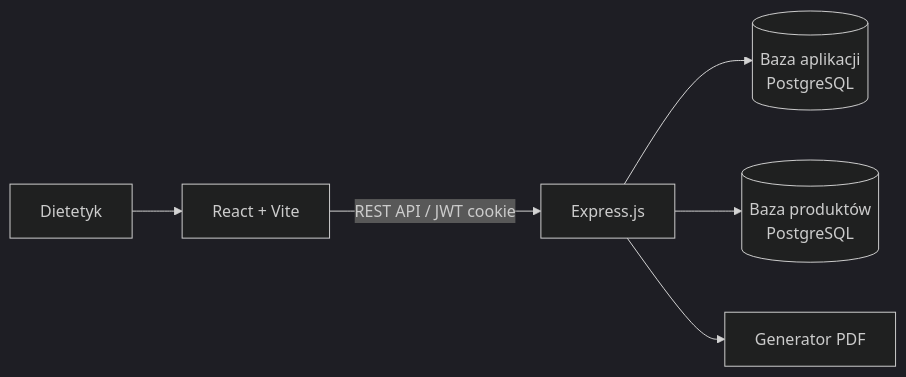
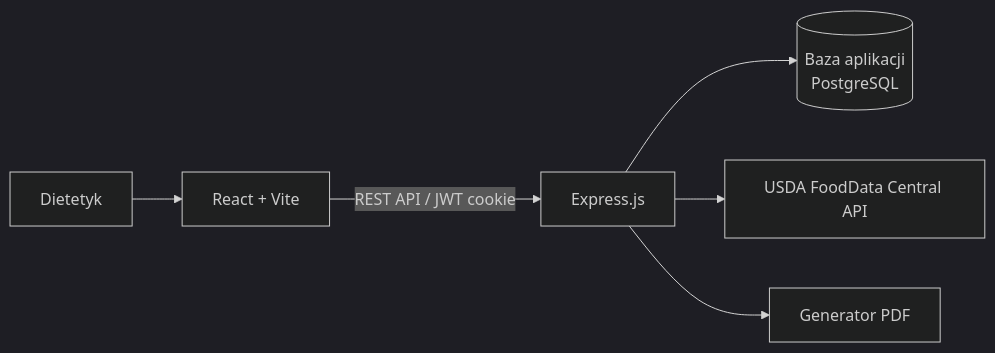
One commit to damian-utd/dietetyk-system changed the diagram in README.md. Above: the diagram before and after it, drawn with Mermaid (dark theme). The commit also changed other lines of this file and 14 other files, not shown here.

````diff
--- a/README.md
+++ b/README.md
@@ -42,8 +42,8 @@
 ```mermaid
 flowchart LR
     U[Dietetyk] --> F[React + Vite]
     F -->|REST API / JWT cookie| B[Express.js]
     B --> A[(Baza aplikacji<br/>PostgreSQL)]
-    B --> P[(Baza produktów<br/>PostgreSQL)]
+    B --> USDA[USDA FoodData Central API]
     B --> PDF[Generator PDF]
 ```
````
